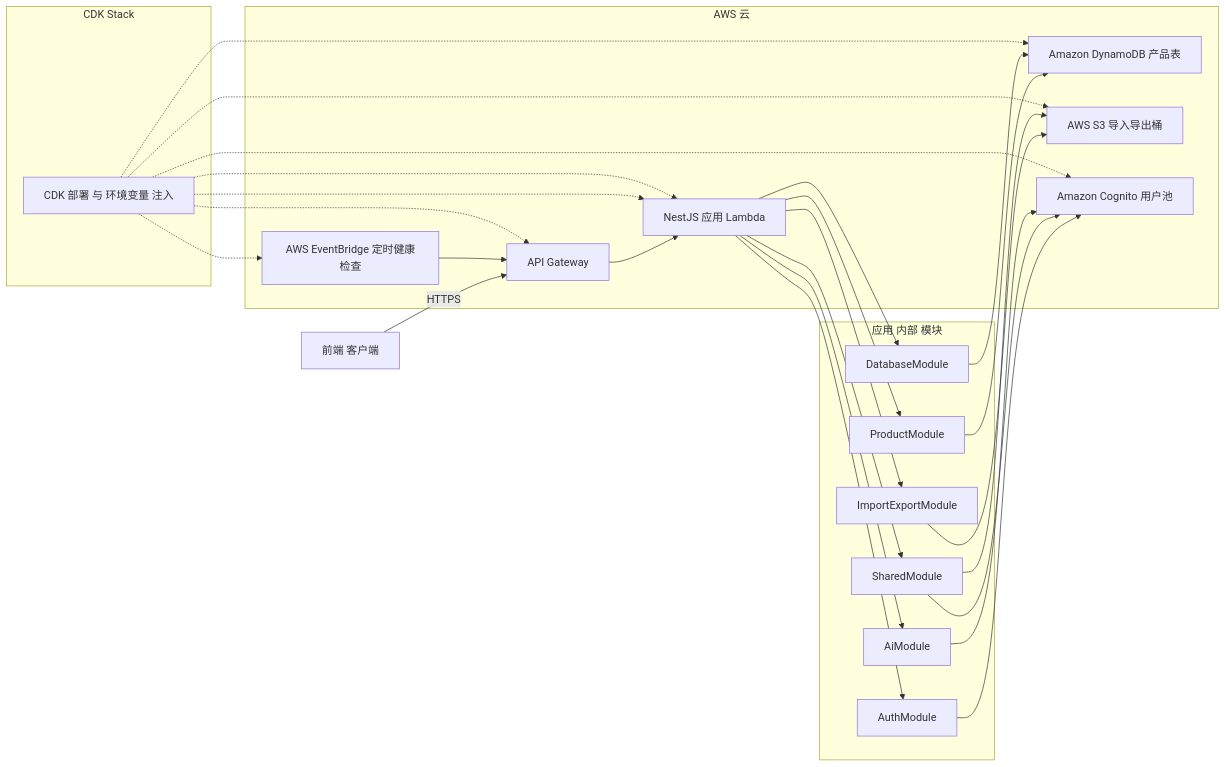
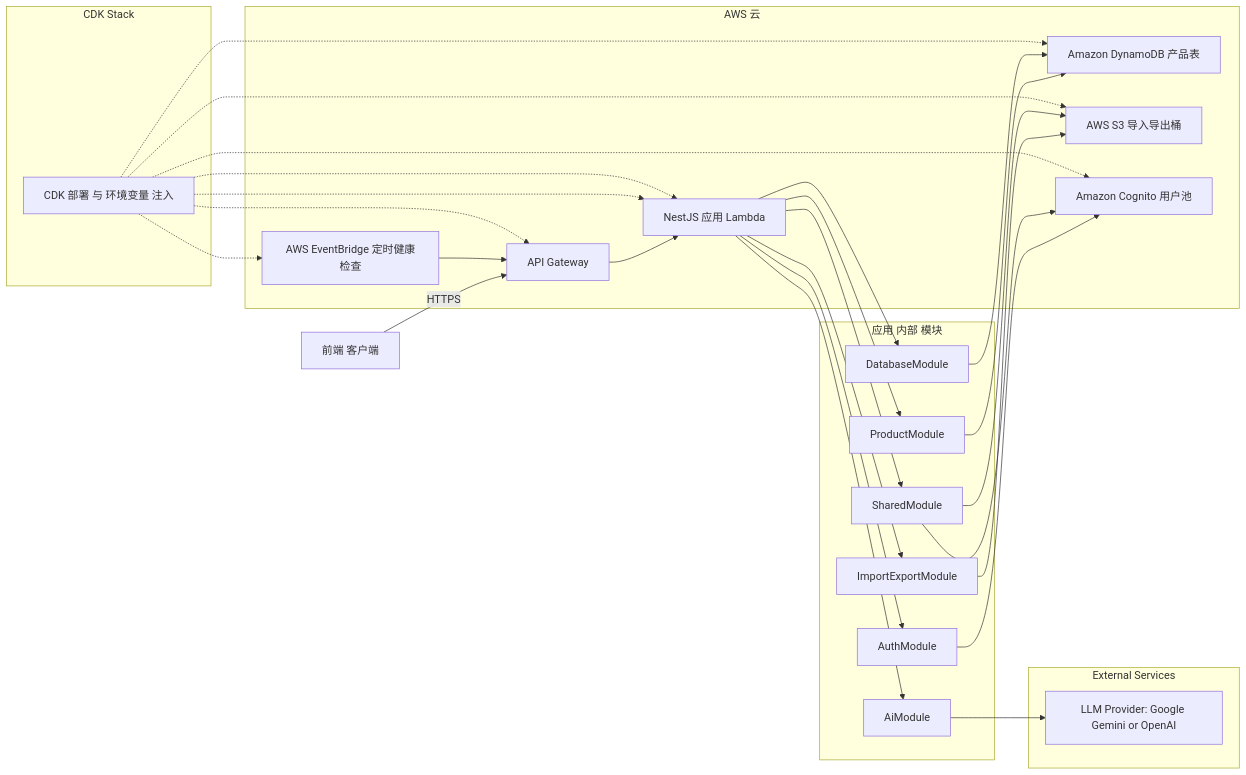
The diagram in docs/项目模板使用指南.zh-CN.md (lfhwnqe/aws-cdk-nestjs-ai-template), drawn with Mermaid before and after one commit. The commit also changed other lines of this file and 1 other file, not shown here.

Commit message:
docs: 更新README文档，添加外部服务子图和AI模块配置说明
添加LLM提供商子图，更新流程图连接，并补充AI出口和密钥管理说明。

````diff
--- a/docs/项目模板使用指南.zh-CN.md
+++ b/docs/项目模板使用指南.zh-CN.md
@@ -32,59 +32,64 @@
 ```mermaid
 graph LR
   %% 客户端
   client[前端 客户端]
 
   %% AWS 组件
   subgraph AWS[AWS 云]
     apigw[API Gateway]
     lambda_app[NestJS 应用 Lambda]
     ddb[Amazon DynamoDB 产品表]
     s3[AWS S3 导入导出桶]
     cognito[Amazon Cognito 用户池]
     evb[AWS EventBridge 定时健康检查]
+  end
+
+  %% 外部服务
+  subgraph EXT[External Services]
+    llm[LLM Provider: Google Gemini or OpenAI]
   end
 
   %% CDK 基础设施
   subgraph CDK[CDK Stack]
     cdkstack[CDK 部署 与 环境变量 注入]
   end
 
   %% 应用内部模块
   subgraph APP[应用 内部 模块]
     mod_auth[AuthModule]
     mod_product[ProductModule]
     mod_impexp[ImportExportModule]
   mod_shared[SharedModule]
   mod_db[DatabaseModule]
   mod_ai[AiModule]
   end
 
   %% 调用关系
   client -->|HTTPS| apigw
   apigw --> lambda_app
   evb --> apigw
 
   lambda_app --> mod_auth
   lambda_app --> mod_product
   lambda_app --> mod_impexp
   lambda_app --> mod_shared
   lambda_app --> mod_db
   lambda_app --> mod_ai
 
   mod_auth --> cognito
   mod_product --> ddb
   mod_impexp --> s3
   mod_shared --> cognito
   mod_shared --> s3
   mod_db --> ddb
-  mod_ai --> cognito
+  mod_ai --> llm
 
   %% 基础设施到资源与应用
   cdkstack -.-> apigw
   cdkstack -.-> lambda_app
   cdkstack -.-> ddb
   cdkstack -.-> s3
   cdkstack -.-> cognito
   cdkstack -.-> evb
   cdkstack -.-> lambda_app
 ```
````
